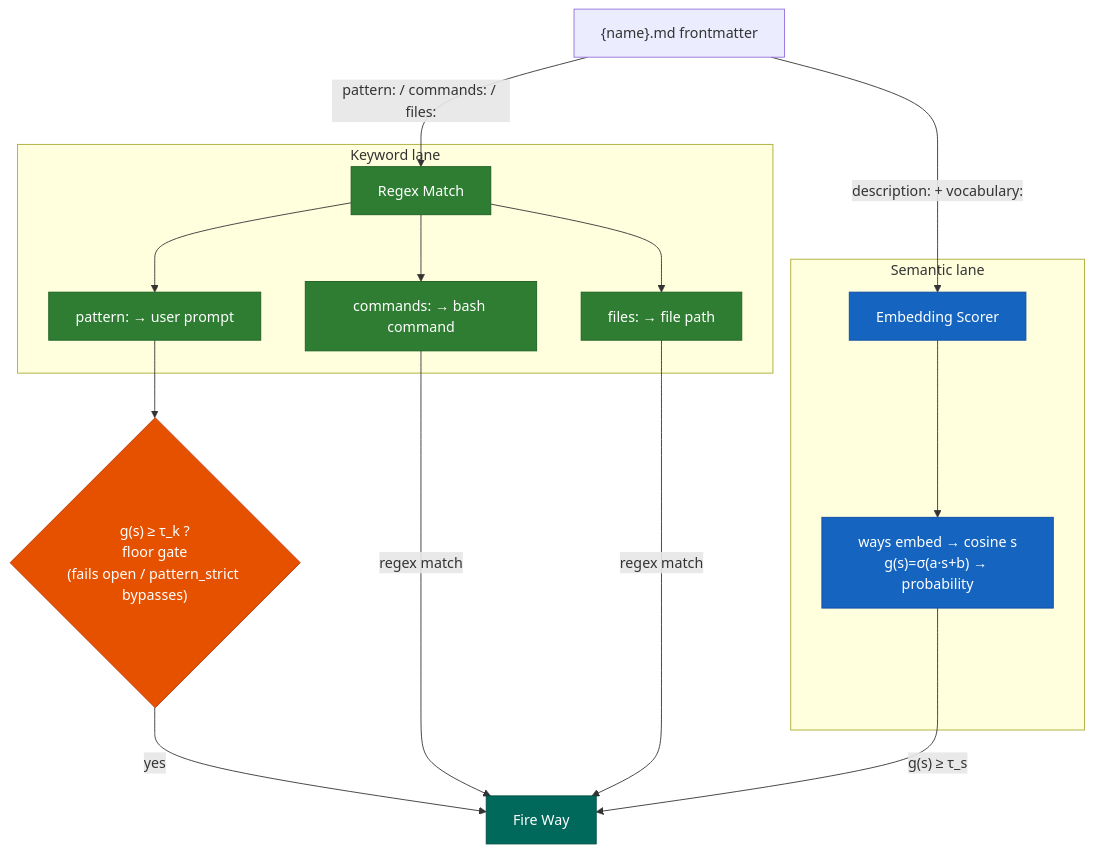
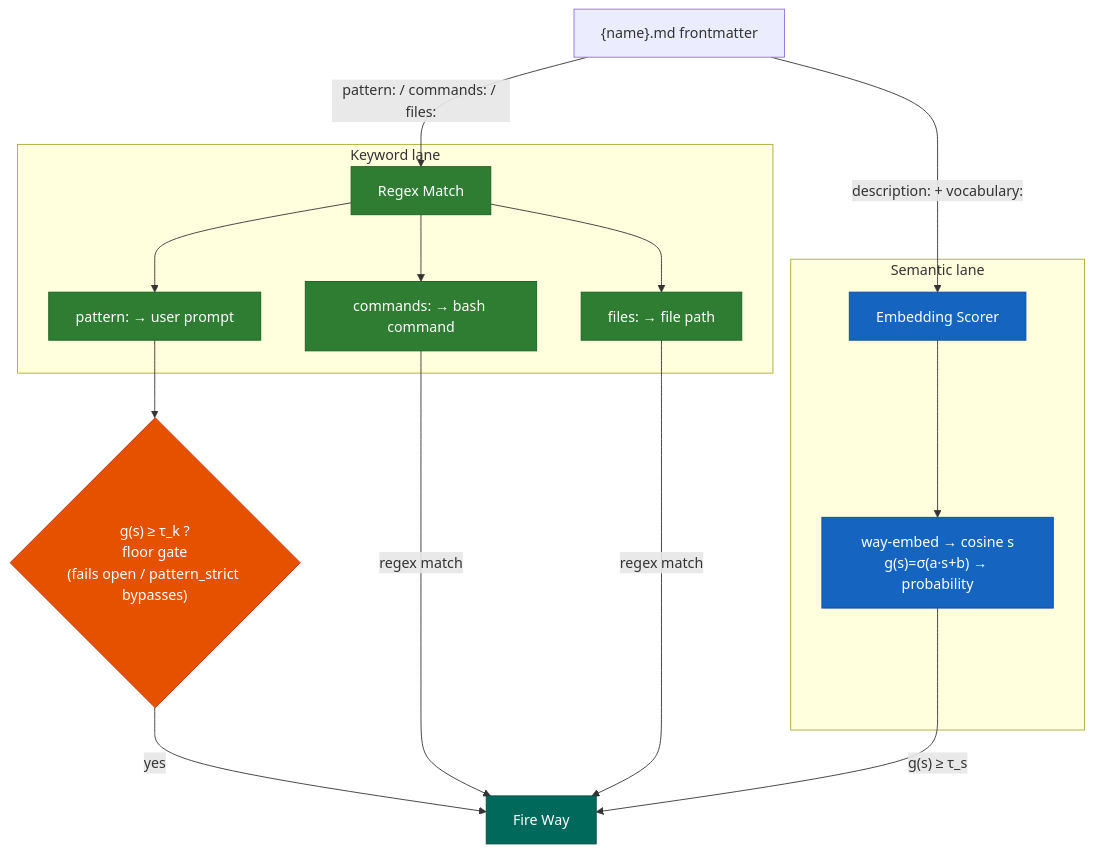
Before and after one commit to aaronsb/agent-ways: the second of 6 diagrams in docs/hooks-and-ways.md, drawn with Mermaid. The commit also changed other lines of this file and 19 other files, not shown here.

````diff
--- a/docs/hooks-and-ways.md
+++ b/docs/hooks-and-ways.md
@@ -138,29 +138,29 @@
 ```mermaid
 flowchart TD
     classDef regex fill:#2E7D32,stroke:#1B5E20,color:#fff
     classDef semantic fill:#1565C0,stroke:#0D47A1,color:#fff
     classDef decision fill:#E65100,stroke:#BF360C,color:#fff
     classDef result fill:#00695C,stroke:#004D40,color:#fff
 
     W["{name}.md frontmatter"]
     W -->|"pattern: / commands: / files:"| R
     W -->|"description: + vocabulary:"| S
 
     subgraph RX ["Keyword lane"]
         R[Regex Match]:::regex
         R --> RP["pattern: → user prompt"]:::regex
         R --> RC["commands: → bash command"]:::regex
         R --> RF["files: → file path"]:::regex
     end
 
     subgraph SM ["Semantic lane"]
         S[Embedding Scorer]:::semantic
-        S --> BM["ways embed → cosine s<br/>g(s)=σ(a·s+b) → probability"]:::semantic
+        S --> BM["way-embed → cosine s<br/>g(s)=σ(a·s+b) → probability"]:::semantic
     end
 
     RP --> GATE{"g(s) ≥ τ_k ?<br/>floor gate<br/>(fails open / pattern_strict bypasses)"}:::decision
     GATE -->|"yes"| FIRE[Fire Way]:::result
     RC -->|"regex match"| FIRE
     RF -->|"regex match"| FIRE
     BM -->|"g(s) ≥ τ_s"| FIRE
 ```
````
